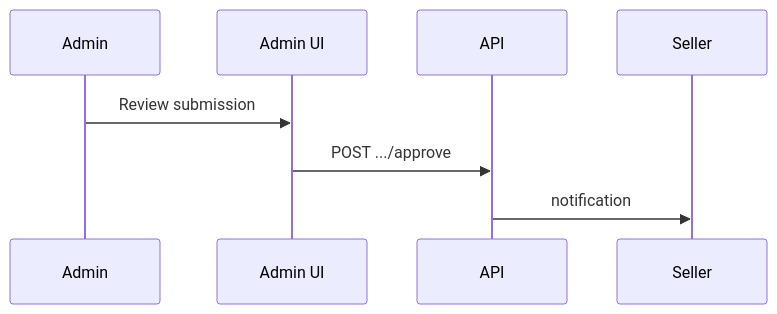
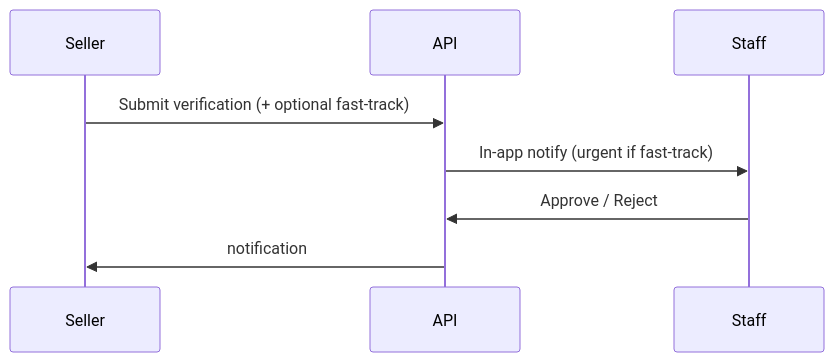
One commit to golpochat/community-marketplace changed the diagram in docs/admin/seller-verification.md. Above: the diagram before and after it, drawn with Mermaid. The commit also changed other lines of this file and 156 other files, not shown here.

First line of the commit message:
Polish seller verification for pilot: one pending case, fast-track SLA, and safer admin review.

````diff
--- a/docs/admin/seller-verification.md
+++ b/docs/admin/seller-verification.md
@@ -12,11 +18,10 @@
 ```mermaid
 sequenceDiagram
-  participant Admin
-  participant UI as Admin UI
+  participant Seller
   participant API
-  participant Seller
-
-  Admin->>UI: Review submission
-  UI->>API: POST .../approve
+  participant Staff
+  Seller->>API: Submit verification (+ optional fast-track)
+  API->>Staff: In-app notify (urgent if fast-track)
+  Staff->>API: Approve / Reject
   API->>Seller: notification
 ```
````
